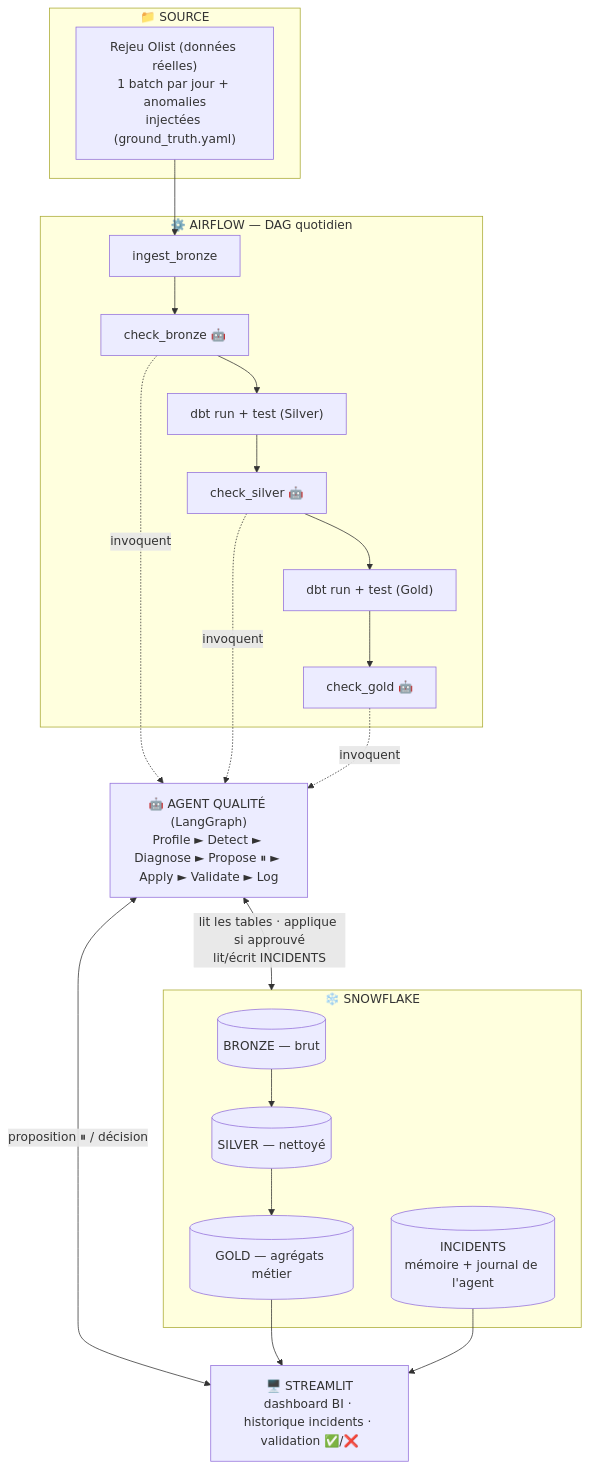
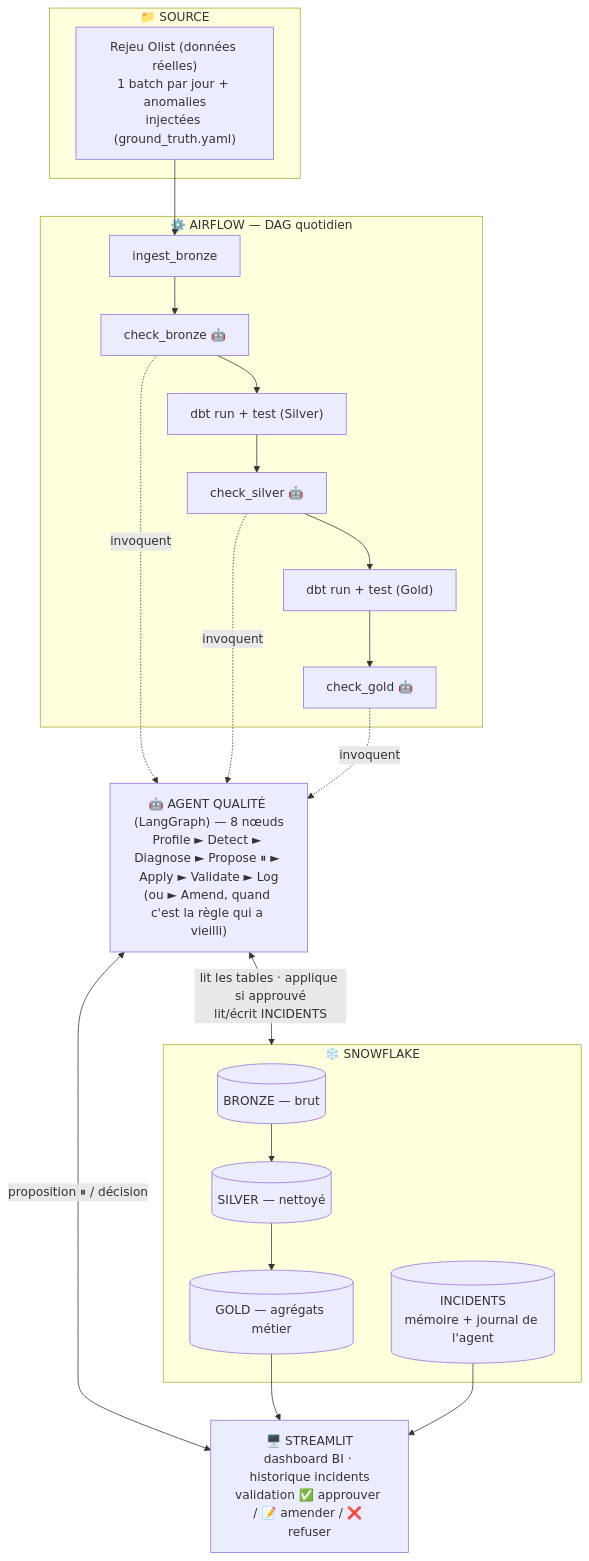
The first of 2 diagrams in README.md (hodamounaouir/PFA), drawn with Mermaid before and after one commit. The commit also changed other lines of this file and 6 other files, not shown here.

````diff
--- a/README.md
+++ b/README.md
@@ -75,28 +75,28 @@
 ```mermaid
 graph TB
     subgraph SRC["📁 SOURCE"]
         GEN["Rejeu Olist (données réelles)<br/>1 batch par jour + anomalies<br/>injectées (ground_truth.yaml)"]
     end
 
     subgraph AF["⚙️ AIRFLOW — DAG quotidien"]
         T1["ingest_bronze"] --> T2["check_bronze 🤖"]
         T2 --> T3["dbt run + test (Silver)"] --> T4["check_silver 🤖"]
         T4 --> T5["dbt run + test (Gold)"] --> T6["check_gold 🤖"]
     end
 
     subgraph SF["❄️ SNOWFLAKE"]
         BR[("BRONZE — brut")] --> SI[("SILVER — nettoyé")] --> GO[("GOLD — agrégats métier")]
         INC[("INCIDENTS<br/>mémoire + journal de l'agent")]
     end
 
-    AG["🤖 AGENT QUALITÉ (LangGraph)<br/>Profile ► Detect ► Diagnose ► Propose ⏸ ► Apply ► Validate ► Log"]
+    AG["🤖 AGENT QUALITÉ (LangGraph) — 8 nœuds<br/>Profile ► Detect ► Diagnose ► Propose ⏸ ► Apply ► Validate ► Log<br/>(ou ► Amend, quand c'est la règle qui a vieilli)"]
 
-    UI["🖥️ STREAMLIT<br/>dashboard BI · historique incidents · validation ✅/❌"]
+    UI["🖥️ STREAMLIT<br/>dashboard BI · historique incidents<br/>validation ✅ approuver / 📝 amender / ❌ refuser"]
 
     GEN --> T1
     T2 & T4 & T6 -.->|invoquent| AG
     AG <-->|"lit les tables · applique si approuvé<br/>lit/écrit INCIDENTS"| SF
     AG <-->|"proposition ⏸ / décision"| UI
     GO --> UI
     INC --> UI
 ```
````
